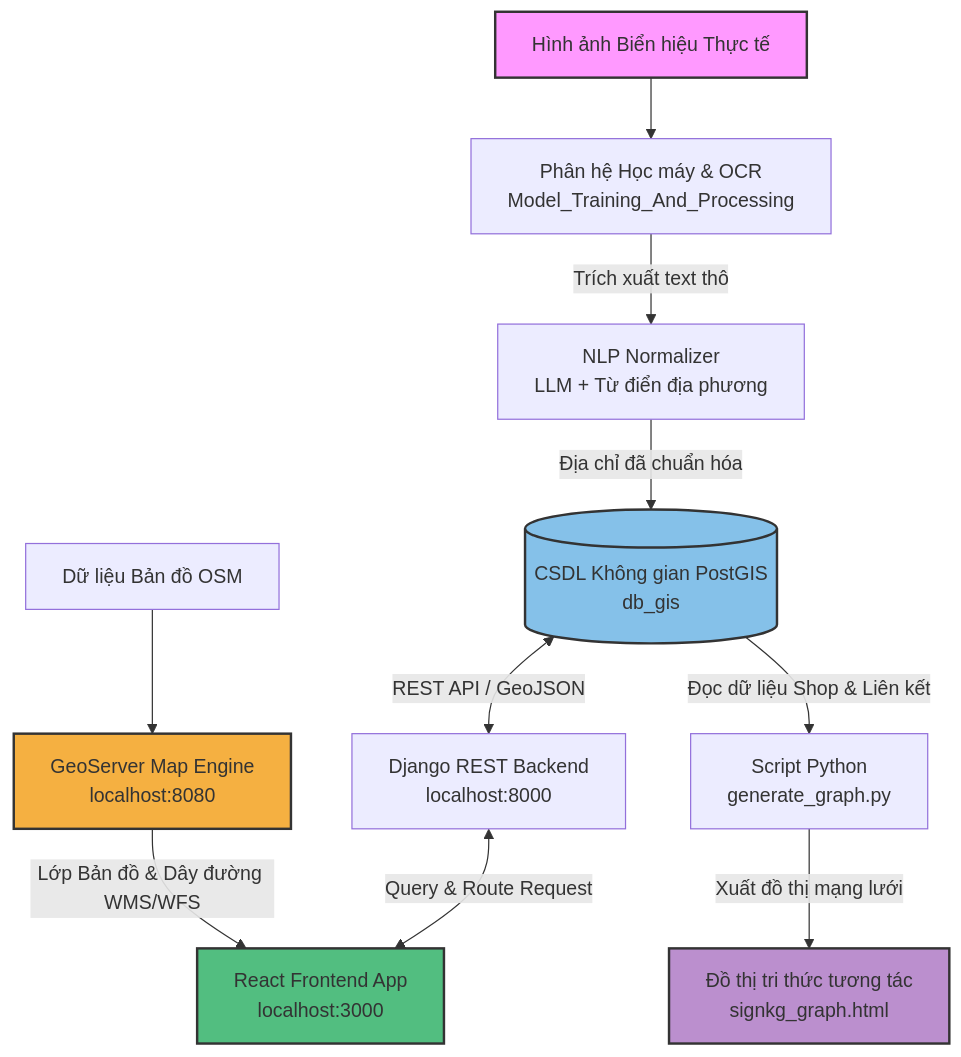
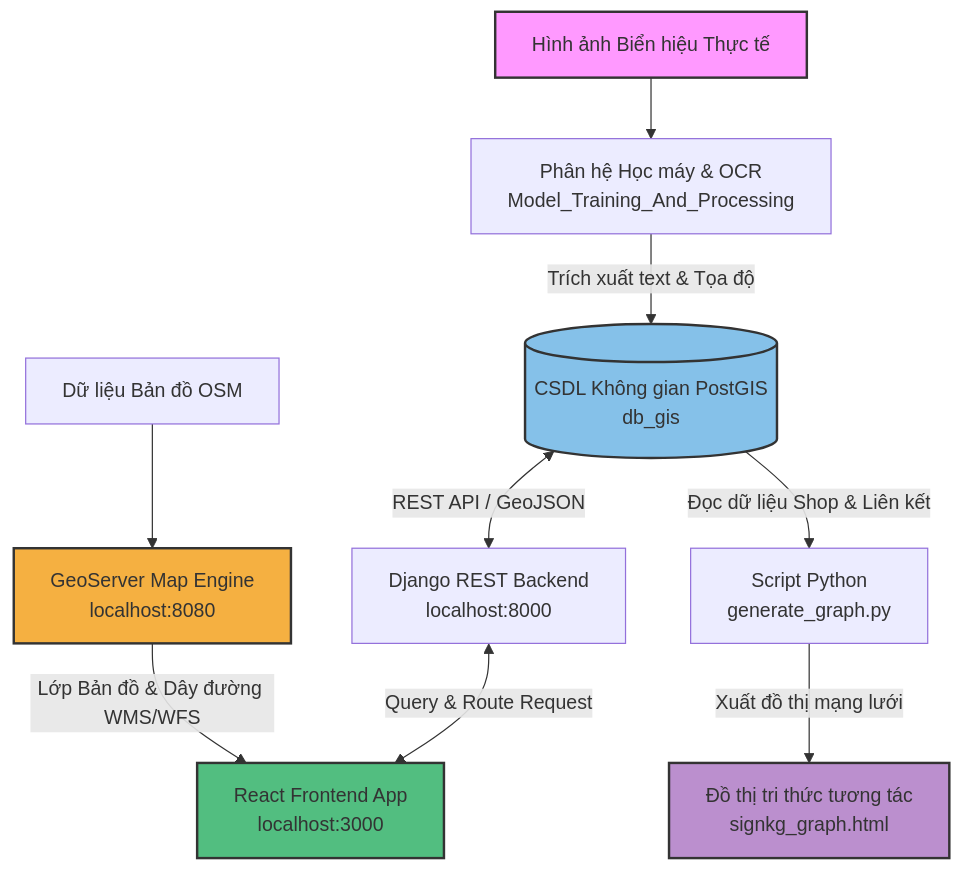
The diagram in README.md (tranchihieu3600/Development-of-an-Intelligent-Store-Mapping-System-Based-on-Information-Extraction-from-Signboard), drawn with Mermaid before and after one commit. The commit also changed other lines of this file, not shown here.

Commit message:
docs: loai bo phan chuan hoa du lieu NLP khoi README.md

````diff
--- a/README.md
+++ b/README.md
@@ -14,25 +14,24 @@
 ```mermaid
 flowchart TB
     %% Nodes representing inputs & processing
     raw_img[Hình ảnh Biển hiệu Thực tế] --> ocr_proc[Phân hệ Học máy & OCR<br/>Model_Training_And_Processing]
-    ocr_proc --> |Trích xuất text thô| nlp_norm[NLP Normalizer<br/>LLM + Từ điển địa phương]
-    nlp_norm --> |Địa chỉ đã chuẩn hóa| db[(CSDL Không gian PostGIS<br/>db_gis)]
+    ocr_proc --> |Trích xuất text & Tọa độ| db[(CSDL Không gian PostGIS<br/>db_gis)]
     
     %% Base Map & GIS Service
     osm_data[Dữ liệu Bản đồ OSM] --> geoserver[GeoServer Map Engine<br/>localhost:8080]
     geoserver --> |Lớp Bản đồ & Dây đường WMS/WFS| fe
     
     %% Web GIS App
     db <--> |REST API / GeoJSON| be[Django REST Backend<br/>localhost:8000]
     be <--> |Query & Route Request| fe[React Frontend App<br/>localhost:3000]
     
     %% Graph Visualization
     db --> |Đọc dữ liệu Shop & Liên kết| graph_gen[Script Python<br/>generate_graph.py]
     graph_gen --> |Xuất đồ thị mạng lưới| kg_view[Đồ thị tri thức tương tác<br/>signkg_graph.html]
 
     style raw_img fill:#f9f,stroke:#333,stroke-width:2px
     style db fill:#85C1E9,stroke:#333,stroke-width:2px
     style geoserver fill:#F5B041,stroke:#333,stroke-width:2px
     style fe fill:#52BE80,stroke:#333,stroke-width:2px
     style kg_view fill:#BB8FCE,stroke:#333,stroke-width:2px
 ```
````
